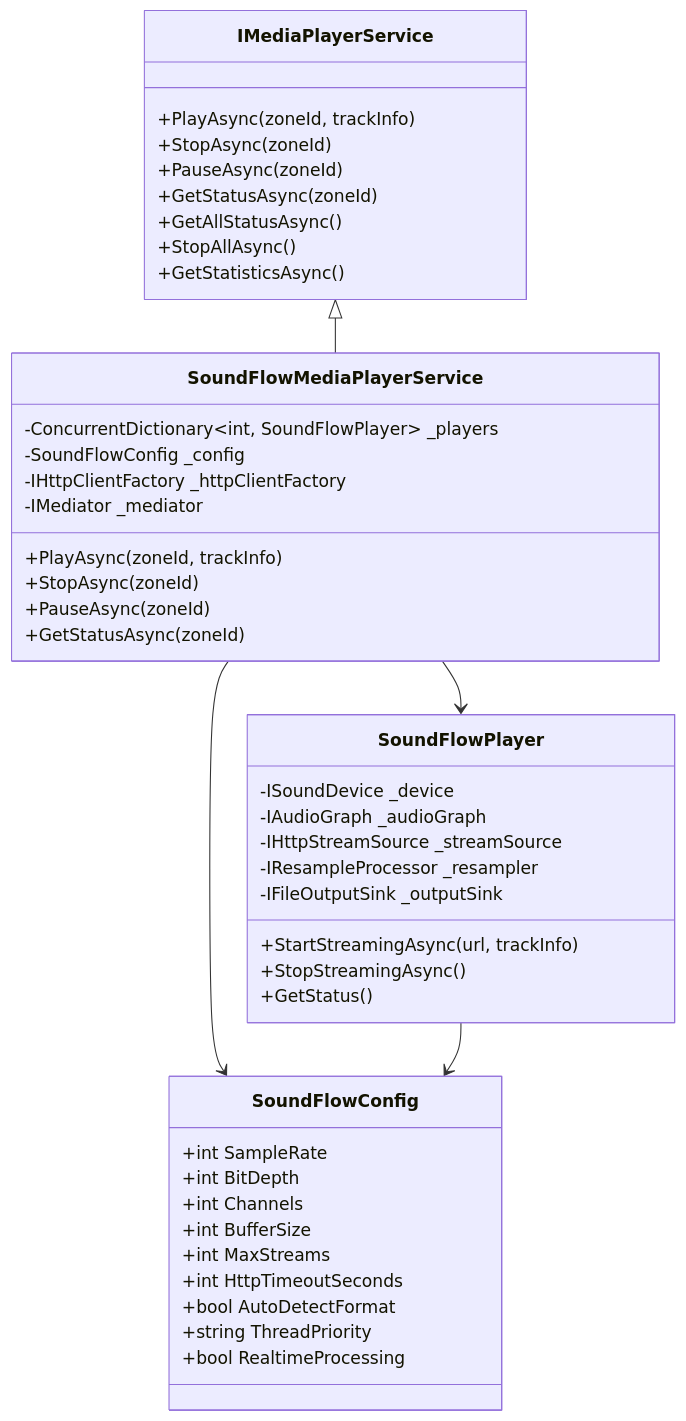
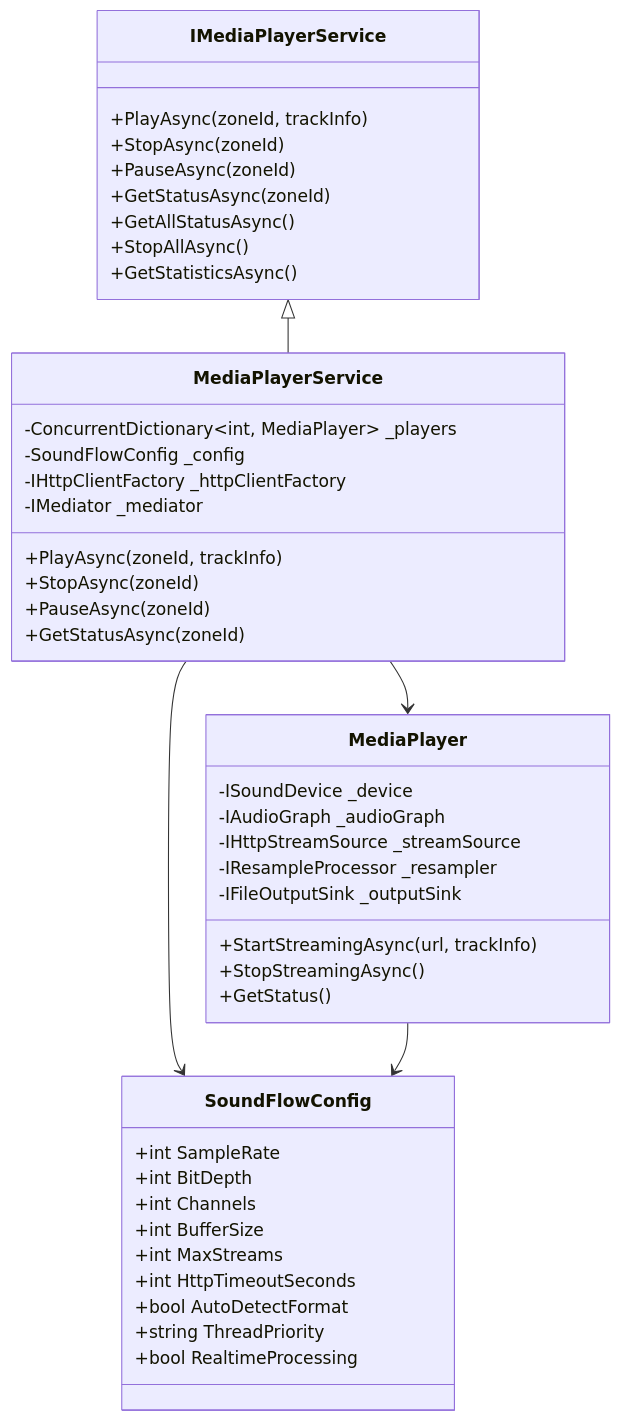
One commit to metaneutrons/snapdog2 changed the diagram in docs/implementation/17-soundflow-media-player-implementation.md. Above: the diagram before and after it, drawn with Mermaid. The commit also changed other lines of this file and 5 other files, not shown here.

First line of the commit message:
refactor: renames SoundFlow components to MediaPlayer for clarity

````diff
--- a/docs/implementation/17-soundflow-media-player-implementation.md
+++ b/docs/implementation/17-soundflow-media-player-implementation.md
@@ -34,51 +36,51 @@
 ```mermaid
 classDiagram
     class IMediaPlayerService {
         +PlayAsync(zoneId, trackInfo)
         +StopAsync(zoneId)
         +PauseAsync(zoneId)
         +GetStatusAsync(zoneId)
         +GetAllStatusAsync()
         +StopAllAsync()
         +GetStatisticsAsync()
     }
 
-    class SoundFlowMediaPlayerService {
-        -ConcurrentDictionary~int, SoundFlowPlayer~ _players
+    class MediaPlayerService {
+        -ConcurrentDictionary~int, MediaPlayer~ _players
         -SoundFlowConfig _config
         -IHttpClientFactory _httpClientFactory
         -IMediator _mediator
         +PlayAsync(zoneId, trackInfo)
         +StopAsync(zoneId)
         +PauseAsync(zoneId)
         +GetStatusAsync(zoneId)
     }
 
-    class SoundFlowPlayer {
+    class MediaPlayer {
         -ISoundDevice _device
         -IAudioGraph _audioGraph
         -IHttpStreamSource _streamSource
         -IResampleProcessor _resampler
         -IFileOutputSink _outputSink
         +StartStreamingAsync(url, trackInfo)
         +StopStreamingAsync()
         +GetStatus()
     }
 
     class SoundFlowConfig {
         +int SampleRate
         +int BitDepth
         +int Channels
         +int BufferSize
         +int MaxStreams
         +int HttpTimeoutSeconds
         +bool AutoDetectFormat
         +string ThreadPriority
         +bool RealtimeProcessing
     }
 
-    IMediaPlayerService <|-- SoundFlowMediaPlayerService
-    SoundFlowMediaPlayerService --> SoundFlowPlayer
-    SoundFlowMediaPlayerService --> SoundFlowConfig
-    SoundFlowPlayer --> SoundFlowConfig
+    IMediaPlayerService <|-- MediaPlayerService
+    MediaPlayerService --> MediaPlayer
+    MediaPlayerService --> SoundFlowConfig
+    MediaPlayer --> SoundFlowConfig
 ```
````
